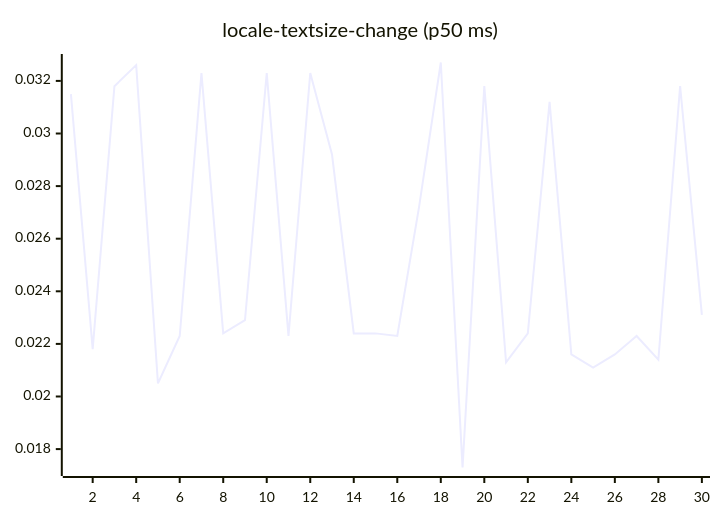
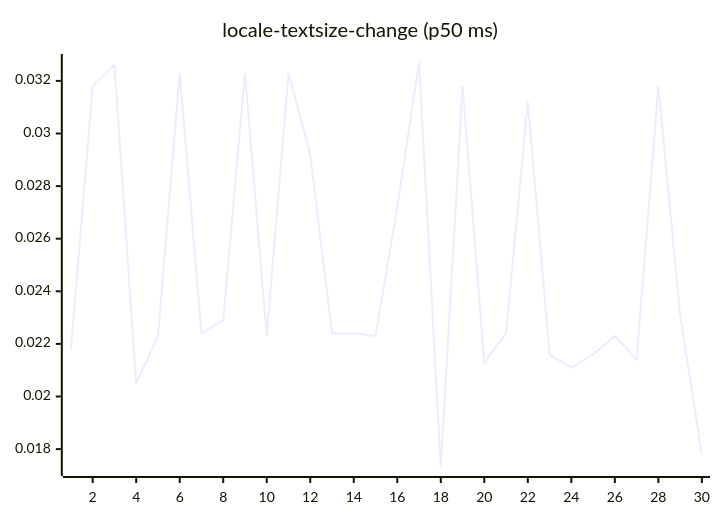
Diagram 13 of 27 in README.md (josha/Facet), drawn with Mermaid before and after one commit. The commit also changed other lines of this file and 2 other files, not shown here.

````diff
--- a/README.md
+++ b/README.md
@@ -147,6 +147,6 @@
 ```mermaid
 xychart-beta
     title "locale-textsize-change (p50 ms)"
     x-axis 1 --> 30
-    line [0.0315, 0.0218, 0.0318, 0.0326, 0.0205, 0.0223, 0.0323, 0.0224, 0.0229, 0.0323, 0.0223, 0.0323, 0.0292, 0.0224, 0.0224, 0.0223, 0.0272, 0.0327, 0.0173, 0.0318, 0.0213, 0.0224, 0.0312, 0.0216, 0.0211, 0.0216, 0.0223, 0.0214, 0.0318, 0.0231]
+    line [0.0218, 0.0318, 0.0326, 0.0205, 0.0223, 0.0323, 0.0224, 0.0229, 0.0323, 0.0223, 0.0323, 0.0292, 0.0224, 0.0224, 0.0223, 0.0272, 0.0327, 0.0173, 0.0318, 0.0213, 0.0224, 0.0312, 0.0216, 0.0211, 0.0216, 0.0223, 0.0214, 0.0318, 0.0231, 0.0178]
 ```
````
